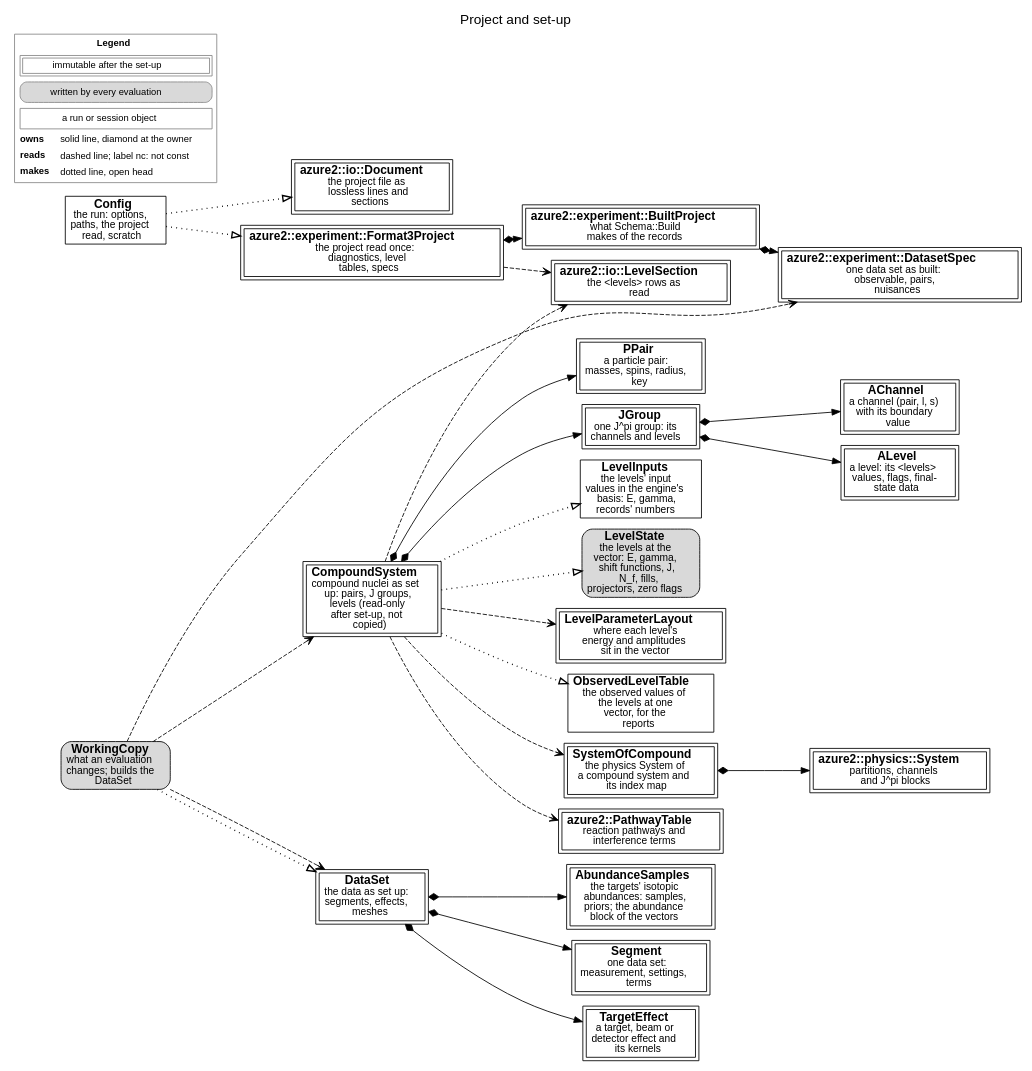
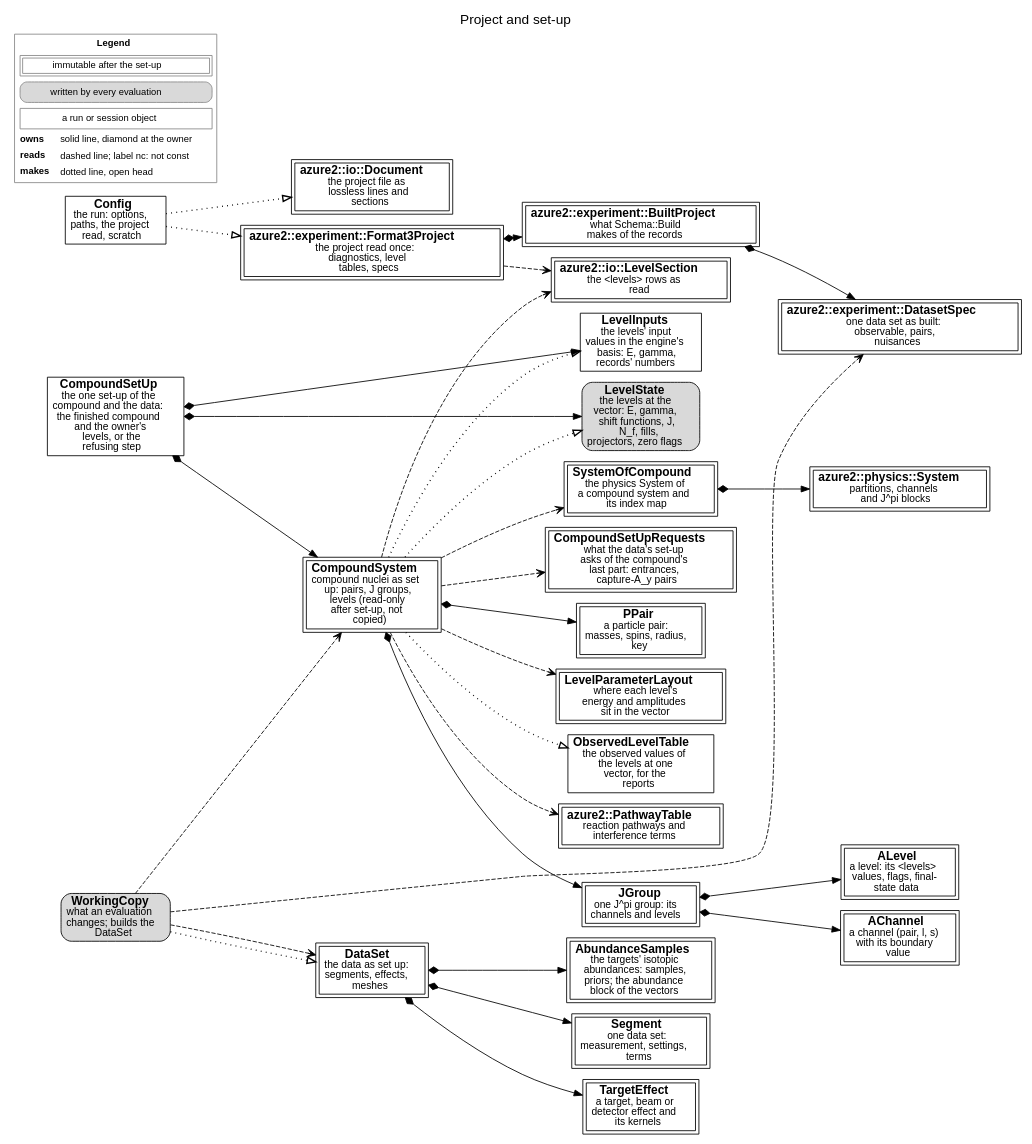
One commit to AZURE2DEV/AZURE2 changed the diagram in docs/source/developer/figures/setup.dot. Above: the diagram before and after it, drawn with Graphviz. The commit also changed 13 other files, not shown here.

First line of the commit message:
Pages and notes: the one set-up of the compound and the data

```diff
--- a/docs/source/developer/figures/setup.dot
+++ b/docs/source/developer/figures/setup.dot
@@ -1,53 +1,59 @@
 digraph setup {
   graph [rankdir=LR, fontname="Helvetica", fontsize=16, labelloc=t, label="Project and set-up", nodesep=0.18, ranksep=0.3, newrank=true];
   node [fontname="Helvetica", fontsize=14, margin="0.08,0.04"];
   edge [fontname="Helvetica", fontsize=12];
   n_azure2__io__Document [label=<<b>azure2::io::Document</b><br/><font point-size="12">the project file as<br/>lossless lines and<br/>sections</font>>, shape=box, peripheries=2, style="filled", fillcolor="white"];
   n_azure2__io__LevelSection [label=<<b>azure2::io::LevelSection</b><br/><font point-size="12">the &lt;levels&gt; rows as<br/>read</font>>, shape=box, peripheries=2, style="filled", fillcolor="white"];
   n_azure2__experiment__Format3Project [label=<<b>azure2::experiment::Format3Project</b><br/><font point-size="12">the project read once:<br/>diagnostics, level<br/>tables, specs</font>>, shape=box, peripheries=2, style="filled", fillcolor="white"];
   n_azure2__experiment__BuiltProject [label=<<b>azure2::experiment::BuiltProject</b><br/><font point-size="12">what Schema::Build<br/>makes of the records</font>>, shape=box, peripheries=2, style="filled", fillcolor="white"];
   n_azure2__experiment__DatasetSpec [label=<<b>azure2::experiment::DatasetSpec</b><br/><font point-size="12">one data set as built:<br/>observable, pairs,<br/>nuisances</font>>, shape=box, peripheries=2, style="filled", fillcolor="white"];
   n_Config [label=<<b>Config</b><br/><font point-size="12">the run: options,<br/>paths, the project<br/>read, scratch</font>>, shape=box, style="filled", fillcolor="white"];
   n_CompoundSystem [label=<<b>CompoundSystem</b><br/><font point-size="12">compound nuclei as set<br/>up: pairs, J groups,<br/>levels (read-only<br/>after set-up, not<br/>copied)</font>>, shape=box, peripheries=2, style="filled", fillcolor="white"];
+  n_CompoundSetUp [label=<<b>CompoundSetUp</b><br/><font point-size="12">the one set-up of the<br/>compound and the data:<br/>the finished compound<br/>and the owner&#x27;s<br/>levels, or the<br/>refusing step</font>>, shape=box, style="filled", fillcolor="white"];
+  n_CompoundSetUpRequests [label=<<b>CompoundSetUpRequests</b><br/><font point-size="12">what the data&#x27;s set-up<br/>asks of the compound&#x27;s<br/>last part: entrances,<br/>capture-A_y pairs</font>>, shape=box, peripheries=2, style="filled", fillcolor="white"];
   n_PPair [label=<<b>PPair</b><br/><font point-size="12">a particle pair:<br/>masses, spins, radius,<br/>key</font>>, shape=box, peripheries=2, style="filled", fillcolor="white"];
   n_JGroup [label=<<b>JGroup</b><br/><font point-size="12">one J^pi group: its<br/>channels and levels</font>>, shape=box, peripheries=2, style="filled", fillcolor="white"];
   n_AChannel [label=<<b>AChannel</b><br/><font point-size="12">a channel (pair, l, s)<br/>with its boundary<br/>value</font>>, shape=box, peripheries=2, style="filled", fillcolor="white"];
   n_ALevel [label=<<b>ALevel</b><br/><font point-size="12">a level: its &lt;levels&gt;<br/>values, flags, final-<br/>state data</font>>, shape=box, peripheries=2, style="filled", fillcolor="white"];
   n_LevelInputs [label=<<b>LevelInputs</b><br/><font point-size="12">the levels&#x27; input<br/>values in the engine&#x27;s<br/>basis: E, gamma,<br/>records&#x27; numbers</font>>, shape=box, style="filled", fillcolor="white"];
   n_LevelState [label=<<b>LevelState</b><br/><font point-size="12">the levels at the<br/>vector: E, gamma,<br/>shift functions, J,<br/>N_f, fills,<br/>projectors, zero flags</font>>, shape=box, style="rounded,filled", fillcolor="#d9d9d9"];
   n_LevelParameterLayout [label=<<b>LevelParameterLayout</b><br/><font point-size="12">where each level&#x27;s<br/>energy and amplitudes<br/>sit in the vector</font>>, shape=box, peripheries=2, style="filled", fillcolor="white"];
   n_ObservedLevelTable [label=<<b>ObservedLevelTable</b><br/><font point-size="12">the observed values of<br/>the levels at one<br/>vector, for the<br/>reports</font>>, shape=box, style="filled", fillcolor="white"];
   n_SystemOfCompound [label=<<b>SystemOfCompound</b><br/><font point-size="12">the physics System of<br/>a compound system and<br/>its index map</font>>, shape=box, peripheries=2, style="filled", fillcolor="white"];
   n_azure2__physics__System [label=<<b>azure2::physics::System</b><br/><font point-size="12">partitions, channels<br/>and J^pi blocks</font>>, shape=box, peripheries=2, style="filled", fillcolor="white"];
   n_azure2__PathwayTable [label=<<b>azure2::PathwayTable</b><br/><font point-size="12">reaction pathways and<br/>interference terms</font>>, shape=box, peripheries=2, style="filled", fillcolor="white"];
   n_DataSet [label=<<b>DataSet</b><br/><font point-size="12">the data as set up:<br/>segments, effects,<br/>meshes</font>>, shape=box, peripheries=2, style="filled", fillcolor="white"];
   n_AbundanceSamples [label=<<b>AbundanceSamples</b><br/><font point-size="12">the targets&#x27; isotopic<br/>abundances: samples,<br/>priors; the abundance<br/>block of the vectors</font>>, shape=box, peripheries=2, style="filled", fillcolor="white"];
   n_Segment [label=<<b>Segment</b><br/><font point-size="12">one data set:<br/>measurement, settings,<br/>terms</font>>, shape=box, peripheries=2, style="filled", fillcolor="white"];
   n_TargetEffect [label=<<b>TargetEffect</b><br/><font point-size="12">a target, beam or<br/>detector effect and<br/>its kernels</font>>, shape=box, peripheries=2, style="filled", fillcolor="white"];
   n_WorkingCopy [label=<<b>WorkingCopy</b><br/><font point-size="12">what an evaluation<br/>changes; builds the<br/>DataSet</font>>, shape=box, style="rounded,filled", fillcolor="#d9d9d9"];
   n_Config -> n_azure2__io__Document [style=dotted, penwidth=1.6, arrowhead=empty];
   n_Config -> n_azure2__experiment__Format3Project [style=dotted, penwidth=1.6, arrowhead=empty];
   n_azure2__experiment__Format3Project -> n_azure2__io__LevelSection [style=dashed, arrowhead=vee];
   n_azure2__experiment__Format3Project -> n_azure2__experiment__BuiltProject [style=solid, dir=both, arrowtail=diamond, arrowhead=normal];
   n_azure2__experiment__BuiltProject -> n_azure2__experiment__DatasetSpec [style=solid, dir=both, arrowtail=diamond, arrowhead=normal];
   n_CompoundSystem -> n_azure2__io__LevelSection [style=dashed, arrowhead=vee];
   n_CompoundSystem -> n_PPair [style=solid, dir=both, arrowtail=diamond, arrowhead=normal];
   n_CompoundSystem -> n_JGroup [style=solid, dir=both, arrowtail=diamond, arrowhead=normal];
   n_JGroup -> n_AChannel [style=solid, dir=both, arrowtail=diamond, arrowhead=normal];
   n_JGroup -> n_ALevel [style=solid, dir=both, arrowtail=diamond, arrowhead=normal];
   n_CompoundSystem -> n_LevelState [style=dotted, penwidth=1.6, arrowhead=empty];
   n_CompoundSystem -> n_LevelInputs [style=dotted, penwidth=1.6, arrowhead=empty];
   n_CompoundSystem -> n_LevelParameterLayout [style=dashed, arrowhead=vee];
   n_CompoundSystem -> n_ObservedLevelTable [style=dotted, penwidth=1.6, arrowhead=empty];
   n_CompoundSystem -> n_SystemOfCompound [style=dashed, arrowhead=vee];
   n_SystemOfCompound -> n_azure2__physics__System [style=solid, dir=both, arrowtail=diamond, arrowhead=normal];
   n_CompoundSystem -> n_azure2__PathwayTable [style=dashed, arrowhead=vee];
+  n_CompoundSetUp -> n_CompoundSystem [style=solid, dir=both, arrowtail=diamond, arrowhead=normal];
+  n_CompoundSetUp -> n_LevelState [style=solid, dir=both, arrowtail=diamond, arrowhead=normal];
+  n_CompoundSetUp -> n_LevelInputs [style=solid, dir=both, arrowtail=diamond, arrowhead=normal];
+  n_CompoundSystem -> n_CompoundSetUpRequests [style=dashed, arrowhead=vee];
   n_WorkingCopy -> n_azure2__experiment__DatasetSpec [style=dashed, arrowhead=vee];
   n_WorkingCopy -> n_CompoundSystem [style=dashed, arrowhead=vee];
   n_WorkingCopy -> n_DataSet [style=dotted, penwidth=1.6, arrowhead=empty];
   n_WorkingCopy -> n_DataSet [style=dashed, arrowhead=vee];
   n_DataSet -> n_Segment [style=solid, dir=both, arrowtail=diamond, arrowhead=normal];
   n_DataSet -> n_TargetEffect [style=solid, dir=both, arrowtail=diamond, arrowhead=normal];
   n_DataSet -> n_AbundanceSamples [style=solid, dir=both, arrowtail=diamond, arrowhead=normal];
   legend [shape=plaintext, fontsize=11, label=<<TABLE BORDER="1" CELLBORDER="0" CELLSPACING="3" COLOR="#888888"><TR><TD COLSPAN="2"><B>Legend</B></TD></TR><TR><TD COLSPAN="2"><TABLE BORDER="1" CELLBORDER="1" CELLSPACING="2" CELLPADDING="2"><TR><TD>immutable after the set-up</TD></TR></TABLE></TD></TR><TR><TD COLSPAN="2"><TABLE BORDER="1" CELLBORDER="0" CELLPADDING="3" STYLE="rounded" BGCOLOR="#d9d9d9"><TR><TD>written by every evaluation</TD></TR></TABLE></TD></TR><TR><TD COLSPAN="2"><TABLE BORDER="1" CELLBORDER="0" CELLPADDING="3" ><TR><TD>a run or session object</TD></TR></TABLE></TD></TR><TR><TD ALIGN="LEFT"><B>owns</B></TD><TD ALIGN="LEFT">solid line, diamond at the owner</TD></TR><TR><TD ALIGN="LEFT"><B>reads</B></TD><TD ALIGN="LEFT">dashed line; label nc: not const</TD></TR><TR><TD ALIGN="LEFT"><B>makes</B></TD><TD ALIGN="LEFT">dotted line, open head</TD></TR></TABLE>>];
 }
```
